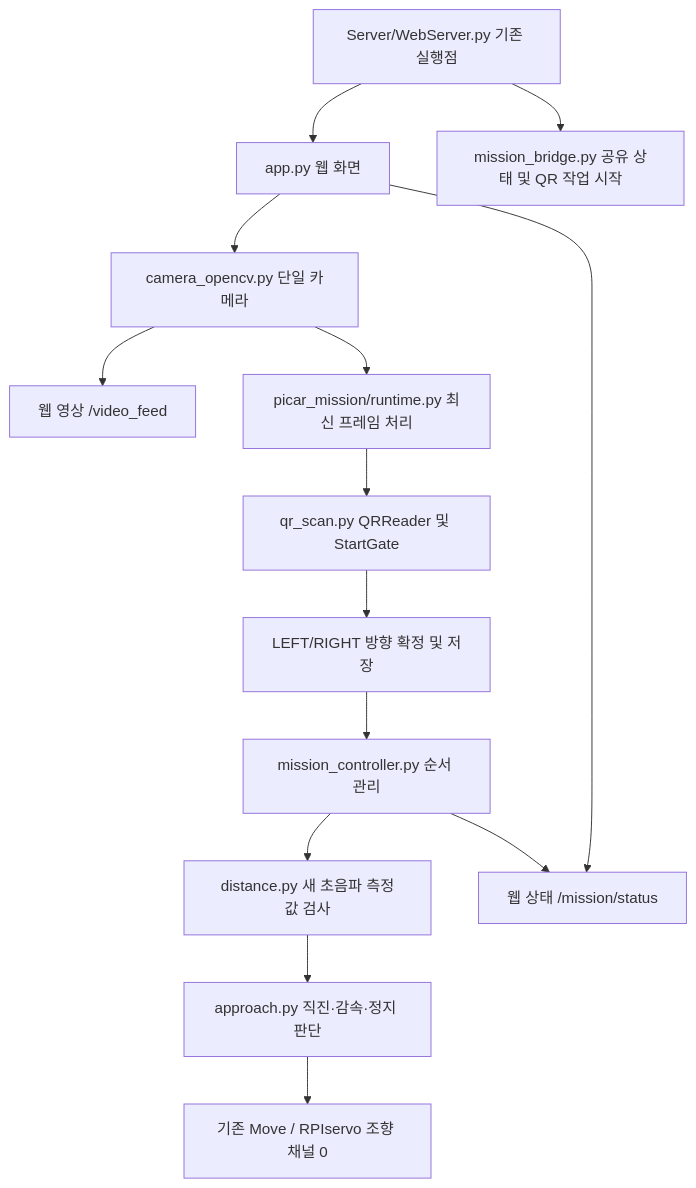
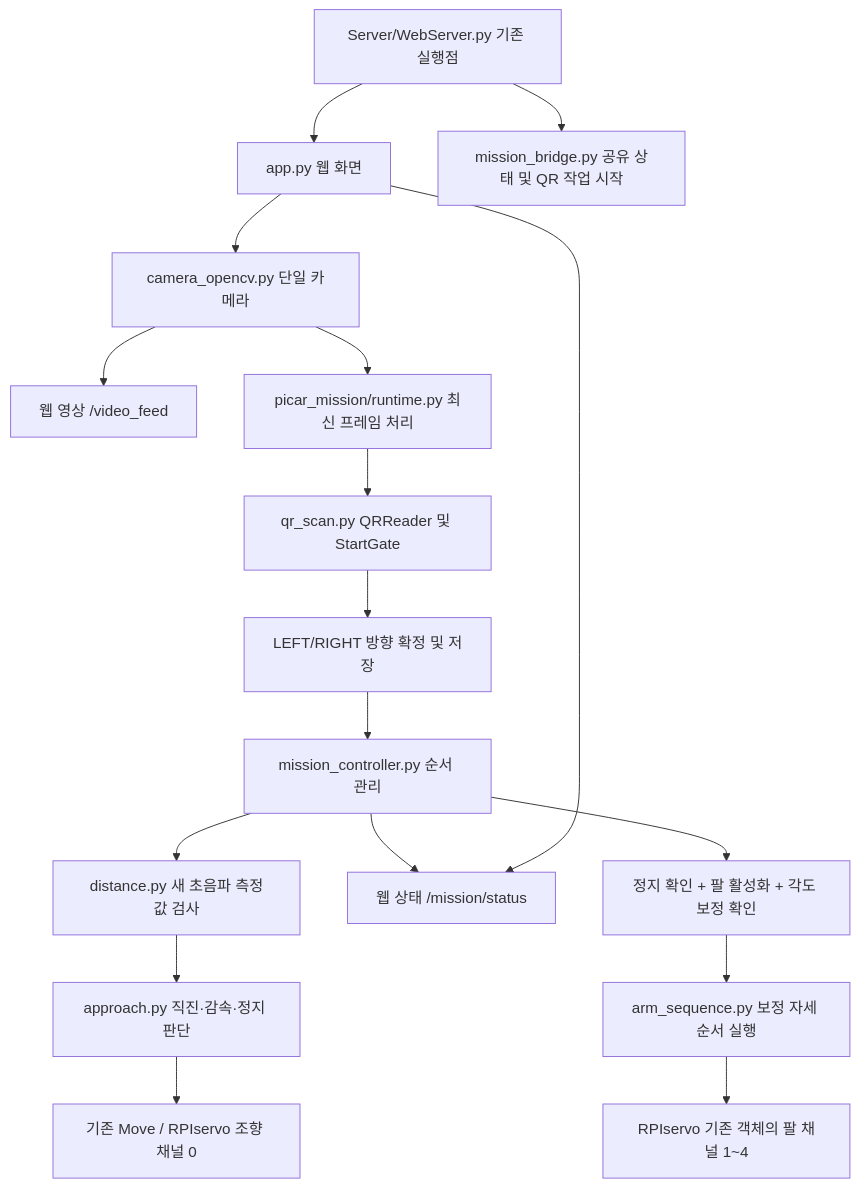
One commit to goldpiggg/picar changed the diagram in README.md. Above: the diagram before and after it, drawn with Mermaid. The commit also changed other lines of this file and 11 other files, not shown here.

Commit message:
Add calibrated arm transfer sequence and provisional pose settings

````diff
--- a/README.md
+++ b/README.md
@@ -9,16 +9,19 @@
 ```mermaid
 flowchart TD
     W[Server/WebServer.py 기존 실행점] --> A[app.py 웹 화면]
     W --> B[mission_bridge.py 공유 상태 및 QR 작업 시작]
     A --> C[camera_opencv.py 단일 카메라]
     C --> V[웹 영상 /video_feed]
     C --> Q[picar_mission/runtime.py 최신 프레임 처리]
     Q --> R[qr_scan.py QRReader 및 StartGate]
     R --> S[LEFT/RIGHT 방향 확정 및 저장]
     S --> M[mission_controller.py 순서 관리]
     M --> U[distance.py 새 초음파 측정값 검사]
     U --> T[approach.py 직진·감속·정지 판단]
     T --> D[기존 Move / RPIservo 조향 채널 0]
     M --> P[웹 상태 /mission/status]
+    M --> L[정지 확인 + 팔 활성화 + 각도 보정 확인]
+    L --> H[arm_sequence.py 보정 자세 순서 실행]
+    H --> J[RPIservo 기존 객체의 팔 채널 1~4]
     A --> P
 ```
````
